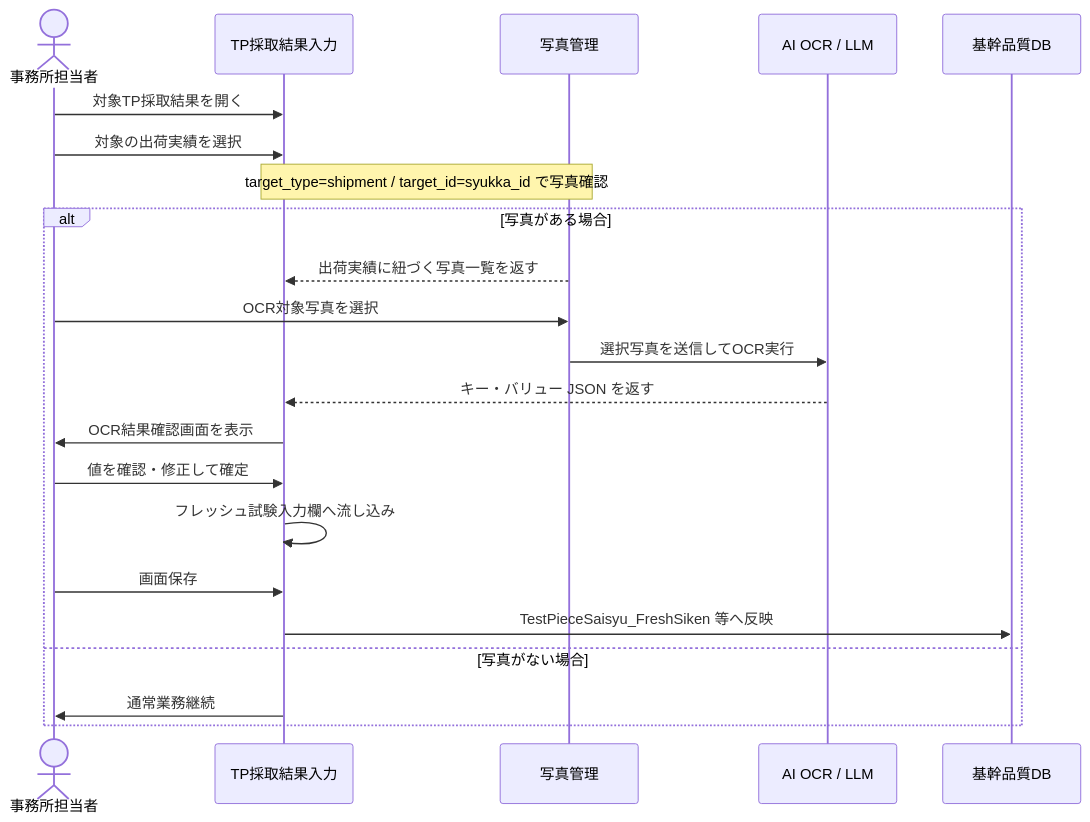
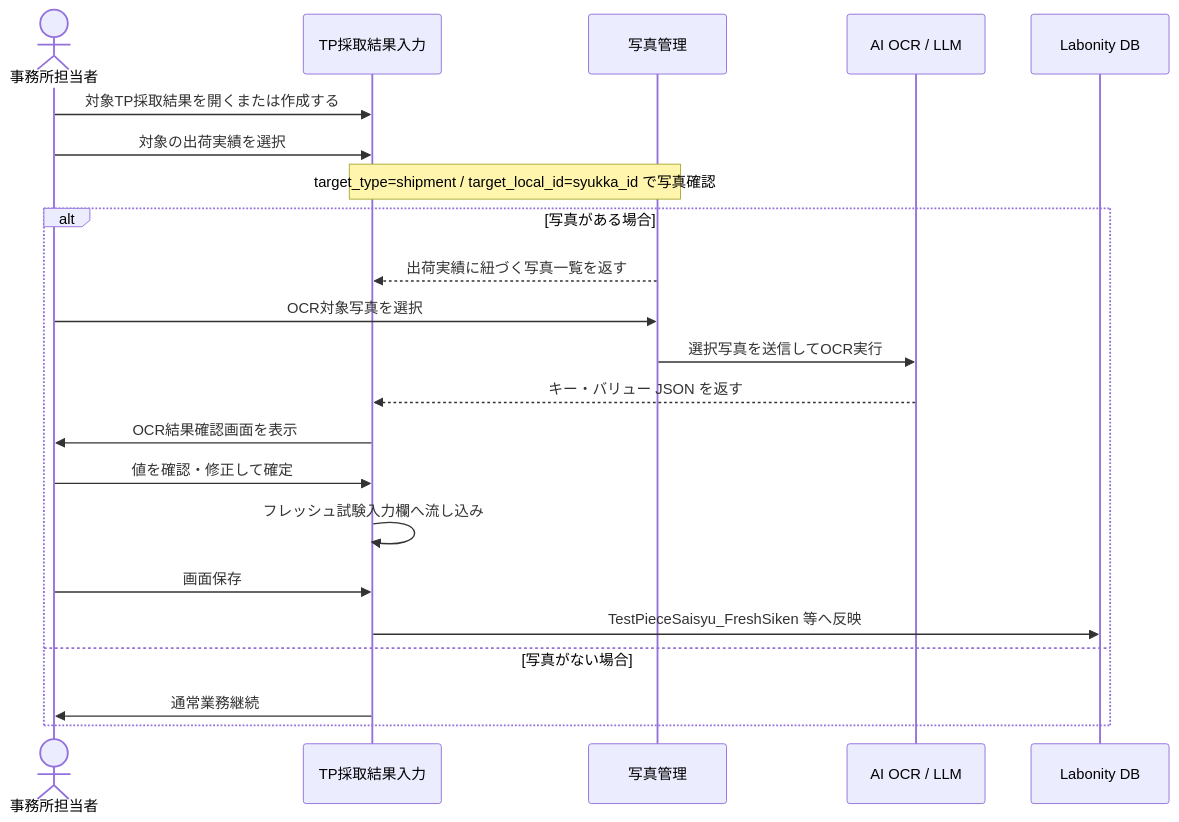
Before and after one commit to sakku0039/FieldTester: the fourth of 4 diagrams in docs/Labonity用現場試験アプリ_設計書_v1.0.md, drawn with Mermaid. The commit also changed other lines of this file and 8 other files, not shown here.

````diff
--- a/docs/Labonity用現場試験アプリ_設計書_v1.0.md
+++ b/docs/Labonity用現場試験アプリ_設計書_v1.0.md
@@ -579,25 +1017,25 @@
 ```mermaid
 sequenceDiagram
     actor User as 事務所担当者
     participant TP as TP採取結果入力
     participant Photo as 写真管理
     participant OCR as AI OCR / LLM
-    participant DB as 基幹品質DB
+    participant DB as Labonity DB
 
-    User->>TP: 対象TP採取結果を開く
+    User->>TP: 対象TP採取結果を開くまたは作成する
     User->>TP: 対象の出荷実績を選択
-    Note over TP,Photo: target_type=shipment / target_id=syukka_id で写真確認
+    Note over TP,Photo: target_type=shipment / target_local_id=syukka_id で写真確認
     alt 写真がある場合
         Photo-->>TP: 出荷実績に紐づく写真一覧を返す
         User->>Photo: OCR対象写真を選択
         Photo->>OCR: 選択写真を送信してOCR実行
         OCR-->>TP: キー・バリュー JSON を返す
         TP->>User: OCR結果確認画面を表示
         User->>TP: 値を確認・修正して確定
         TP->>TP: フレッシュ試験入力欄へ流し込み
         User->>TP: 画面保存
         TP->>DB: TestPieceSaisyu_FreshSiken 等へ反映
     else 写真がない場合
         TP->>User: 通常業務継続
     end
 ```
````
